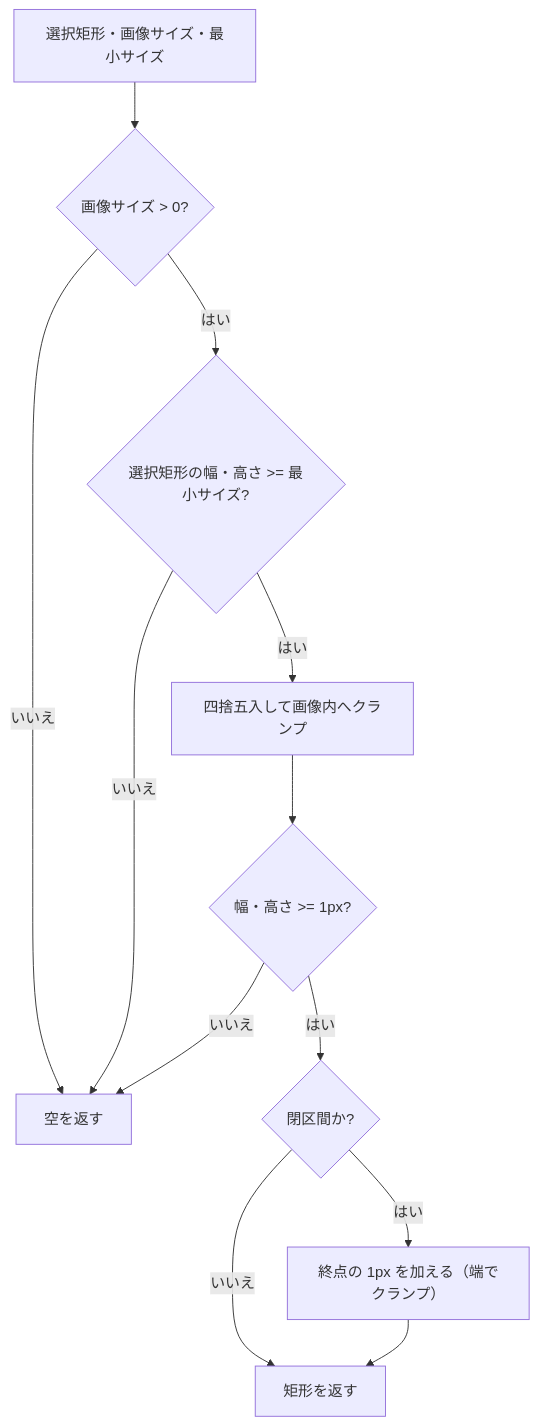
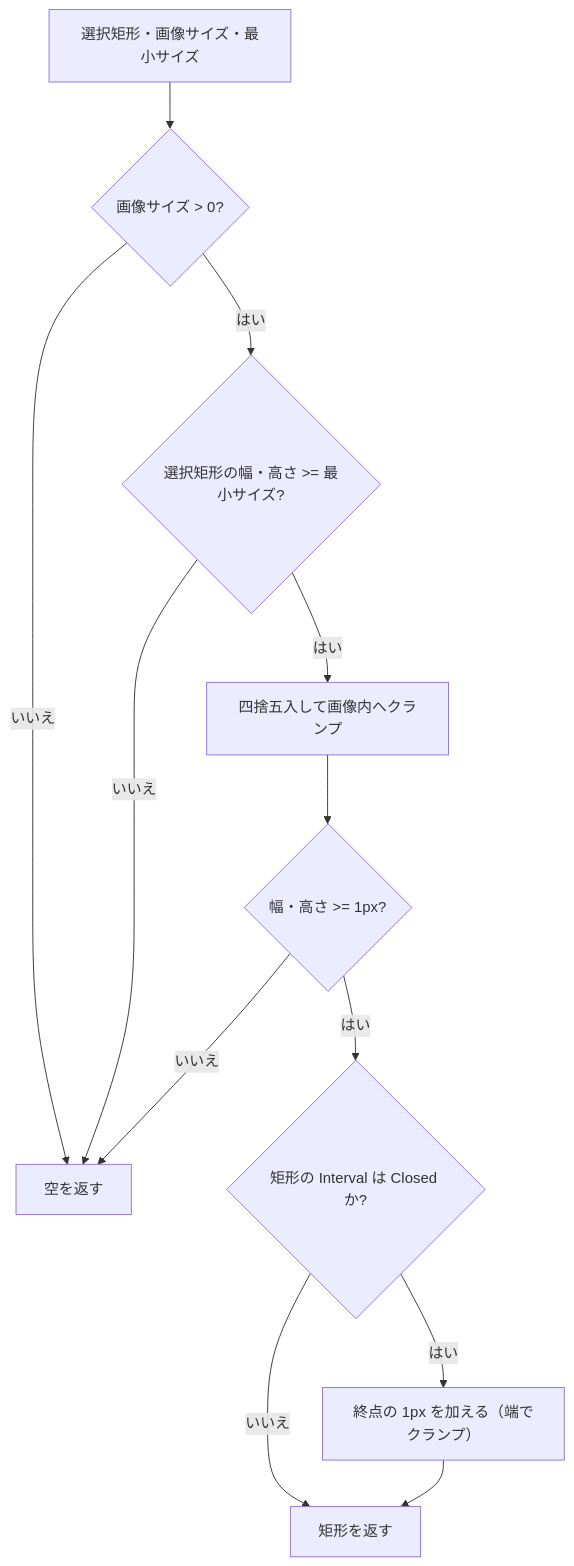
The second of 2 diagrams in src/CaptureSessionControl.Core/SPEC_System.md (tomokuni/SaveEvidence), drawn with Mermaid before and after one commit. The commit also changed other lines of this file and 13 other files, not shown here.

````diff
--- a/src/CaptureSessionControl.Core/SPEC_System.md
+++ b/src/CaptureSessionControl.Core/SPEC_System.md
@@ -242,14 +242,14 @@
 ```mermaid
 flowchart TD
     A[選択矩形・画像サイズ・最小サイズ] --> B{画像サイズ > 0?}
     B -- いいえ --> Z[空を返す]
     B -- はい --> C{選択矩形の幅・高さ >= 最小サイズ?}
     C -- いいえ --> Z
     C -- はい --> D[四捨五入して画像内へクランプ]
     D --> E{幅・高さ >= 1px?}
     E -- いいえ --> Z
-    E -- はい --> F{閉区間か?}
+    E -- はい --> F{矩形の Interval は Closed か?}
     F -- いいえ --> G[矩形を返す]
     F -- はい --> H[終点の 1px を加える（端でクランプ）]
     H --> G
 ```
````
